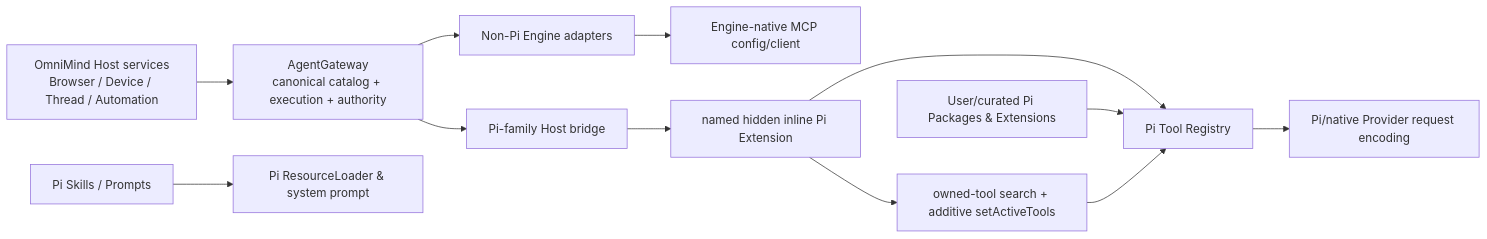
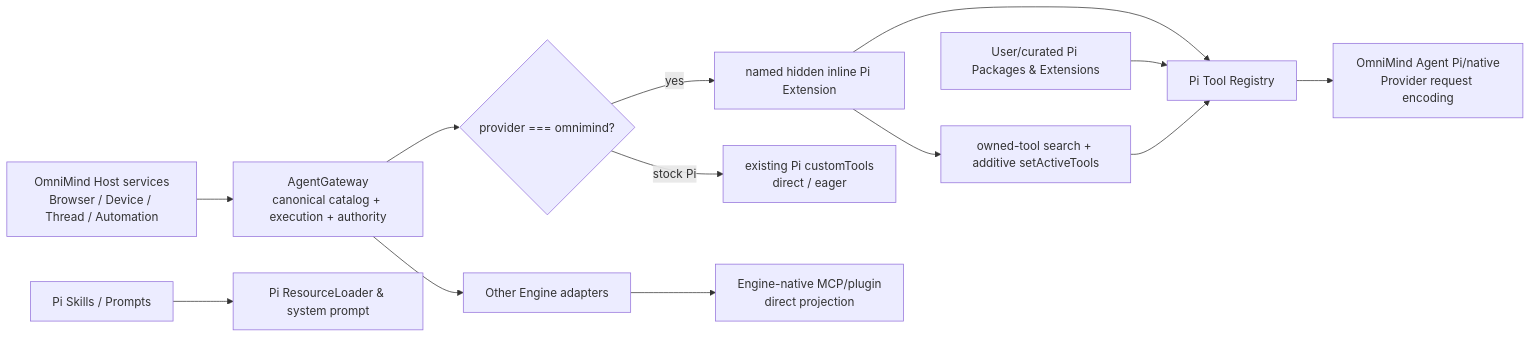
Before and after one commit to piai-lab/Haros: the diagram in research/pi-native-host-tool-loading-review.md, drawn with Mermaid. The commit also changed other lines of this file and 4 other files, not shown here.

Commit message:
docs(architecture): align built-in policy and host search

````diff
--- a/research/pi-native-host-tool-loading-review.md
+++ b/research/pi-native-host-tool-loading-review.md
@@ -323,20 +328,21 @@
 ```mermaid
 flowchart LR
     H["OmniMind Host services<br/>Browser / Device / Thread / Automation"]
     G["AgentGateway<br/>canonical catalog + execution + authority"]
     H --> G
 
-    G --> N["Non-Pi Engine adapters"]
-    N --> M["Engine-native MCP config/client"]
+    G --> O{"provider === omnimind?"}
+    O -->|yes| X["named hidden inline Pi Extension"]
+    X --> R["Pi Tool Registry"]
 
-    G --> B["Pi-family Host bridge"]
-    B --> X["named hidden inline Pi Extension"]
-    X --> R["Pi Tool Registry"]
+    O -->|stock Pi| C["existing Pi customTools<br/>direct / eager"]
+    G --> N["Other Engine adapters"]
+    N --> M["Engine-native MCP/plugin<br/>direct projection"]
 
     P["User/curated Pi Packages & Extensions"] --> R
     S["Pi Skills / Prompts"] --> Q["Pi ResourceLoader & system prompt"]
 
     X --> A["owned-tool search + additive setActiveTools"]
     A --> R
-    R --> W["Pi/native Provider request encoding"]
+    R --> W["OmniMind Agent Pi/native<br/>Provider request encoding"]
 ```
````
